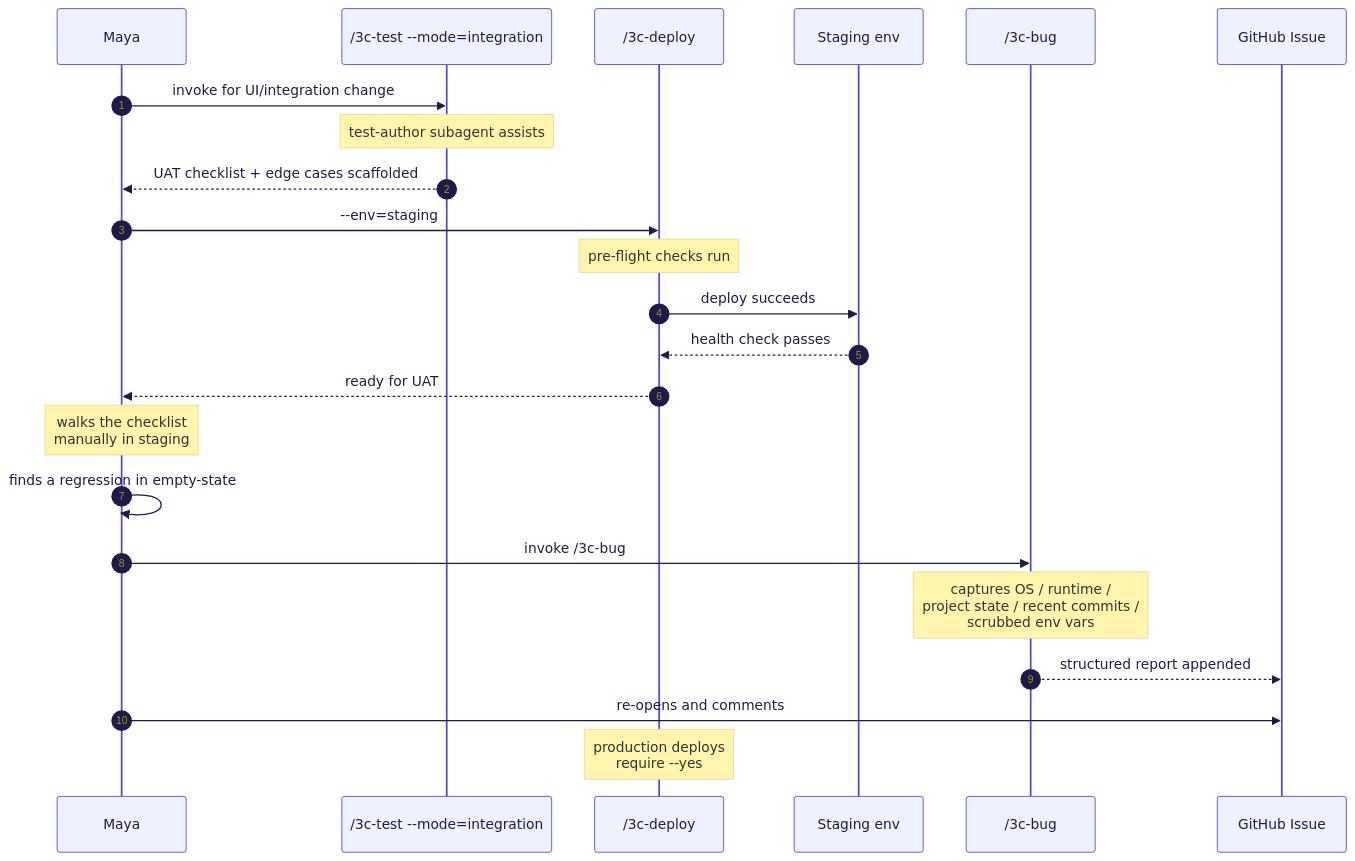
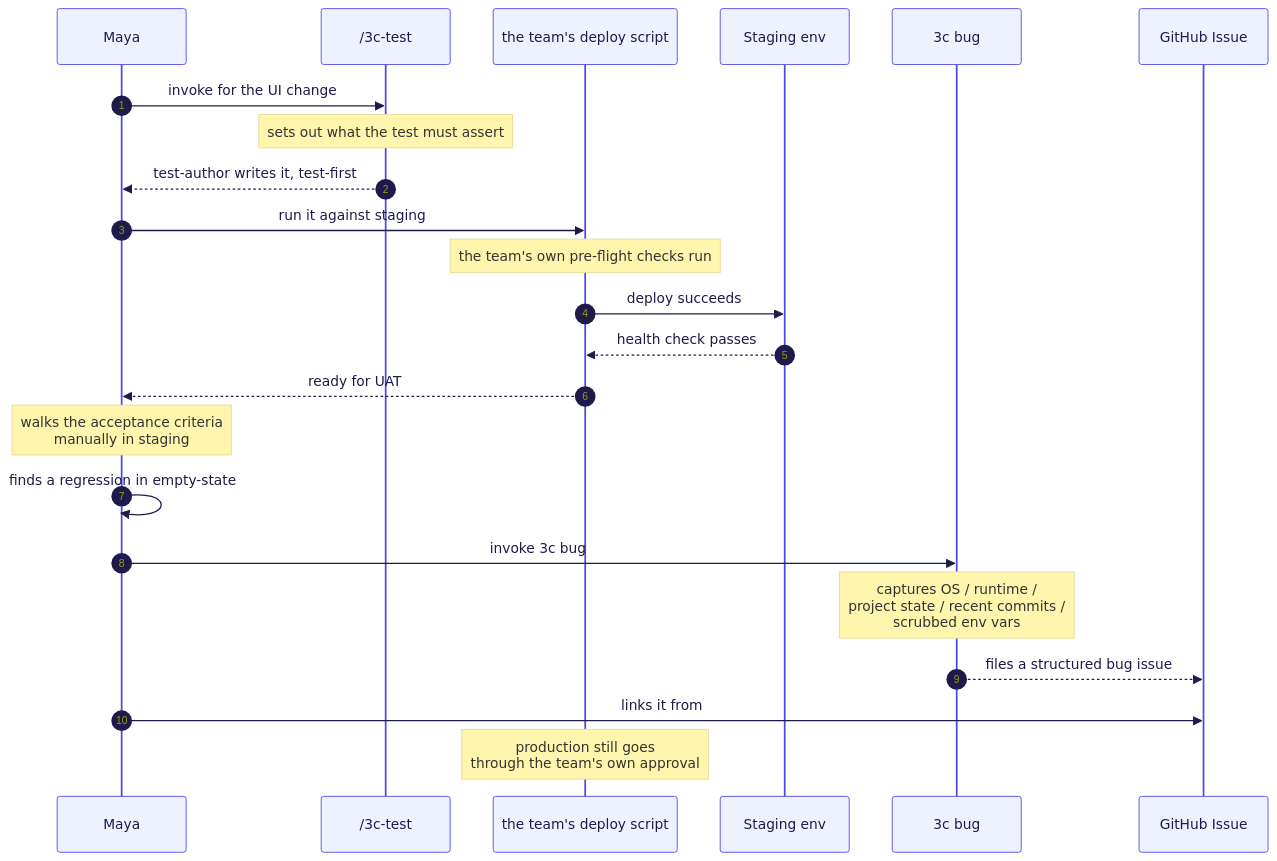
Before and after one commit to kgn-git/3C: the diagram in infographic/diagrams/l-uat.mmd, drawn with Mermaid. The commit also changed 61 other files, not shown here.

```diff
--- a/infographic/diagrams/l-uat.mmd
+++ b/infographic/diagrams/l-uat.mmd
@@ -1,29 +1,29 @@
 %%{init: {'theme':'base','themeVariables':{'primaryColor':'#EEF2FF','primaryTextColor':'#1E1B4B','primaryBorderColor':'#4F46E5','lineColor':'#6366F1','fontFamily':'Inter, sans-serif','fontSize':'16px'}}}%%
 sequenceDiagram
     autonumber
     participant Maya as Maya
-    participant Test as /3c-test --mode=integration
-    participant Deploy as /3c-deploy
+    participant Test as /3c-test
+    participant Deploy as the team's deploy script
     participant Stage as Staging env
-    participant Bug as /3c-bug
+    participant Bug as 3c bug
     participant Issue as GitHub Issue
 
-    Maya->>Test: invoke for UI/integration change
-    Note over Test: test-author subagent assists
-    Test-->>Maya: UAT checklist + edge cases scaffolded
+    Maya->>Test: invoke for the UI change
+    Note over Test: sets out what the test must assert
+    Test-->>Maya: test-author writes it, test-first
 
-    Maya->>Deploy: --env=staging
-    Note over Deploy: pre-flight checks run
+    Maya->>Deploy: run it against staging
+    Note over Deploy: the team's own pre-flight checks run
     Deploy->>Stage: deploy succeeds
     Stage-->>Deploy: health check passes
     Deploy-->>Maya: ready for UAT
 
-    Note over Maya: walks the checklist<br/>manually in staging
+    Note over Maya: walks the acceptance criteria<br/>manually in staging
     Maya->>Maya: finds a regression in empty-state
 
-    Maya->>Bug: invoke /3c-bug
+    Maya->>Bug: invoke 3c bug
     Note over Bug: captures OS / runtime /<br/>project state / recent commits /<br/>scrubbed env vars
-    Bug-->>Issue: structured report appended
-    Maya->>Issue: re-opens and comments
+    Bug-->>Issue: files a structured bug issue
+    Maya->>Issue: links it from #1287
 
-    Note over Deploy: production deploys<br/>require --yes
+    Note over Deploy: production still goes<br/>through the team's own approval
```
